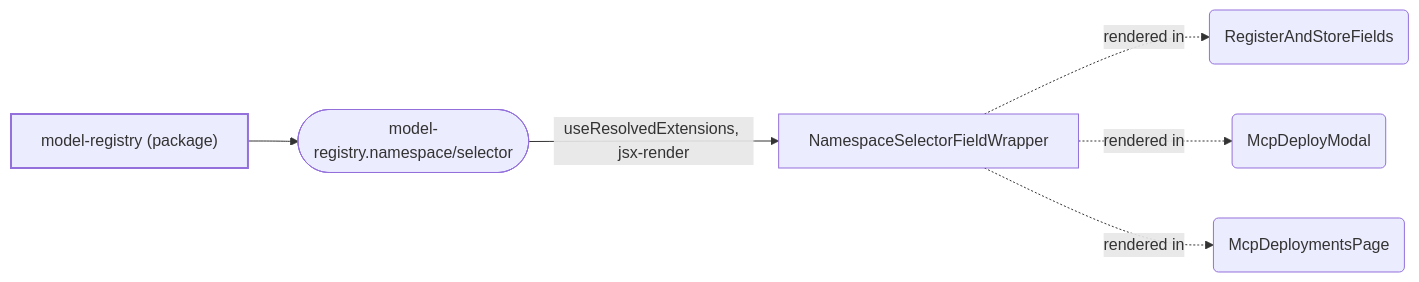
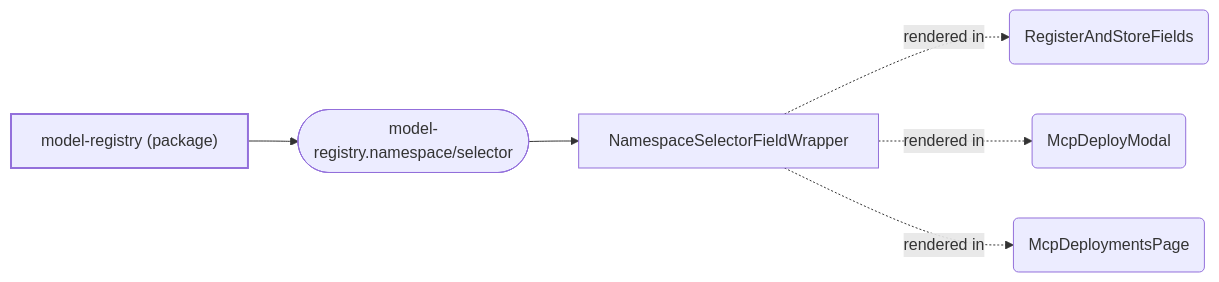
Before and after one commit to mturley/odh-dashboard: the seventh of 10 diagrams in packages/model-registry/docs/extensions.md, drawn with Mermaid. The commit also changed other lines of this file and 28 other files, not shown here.

````diff
--- a/packages/model-registry/docs/extensions.md
+++ b/packages/model-registry/docs/extensions.md
@@ -347,16 +435,16 @@
 ```mermaid
 flowchart LR
   classDef pkg stroke-width:2px
   classDef point stroke-width:1px
   n_pkg__odh_dashboard_model_registry_1fc815["model-registry (package)"]:::pkg
   n_model_registry_namespace_selector_0244e5(["model-registry.namespace/selector"]):::point
   n_pkg__odh_dashboard_model_registry_1fc815 --> n_model_registry_namespace_selector_0244e5
   n_symbol_packages_model_registry_upstream_frontend_src_odh_components_NamespaceSelectorFieldWrapper_tsx_NamespaceSelectorFieldWrapper_2fd56c["NamespaceSelectorFieldWrapper"]
-  n_model_registry_namespace_selector_0244e5 -- "useResolvedExtensions, jsx-render" --> n_symbol_packages_model_registry_upstream_frontend_src_odh_components_NamespaceSelectorFieldWrapper_tsx_NamespaceSelectorFieldWrapper_2fd56c
+  n_model_registry_namespace_selector_0244e5 --> n_symbol_packages_model_registry_upstream_frontend_src_odh_components_NamespaceSelectorFieldWrapper_tsx_NamespaceSelectorFieldWrapper_2fd56c
   n_symbol_packages_model_registry_upstream_frontend_src_app_pages_modelRegistry_screens_RegisterModel_RegisterAndStoreFields_tsx_RegisterAndStoreFields_c0182a("RegisterAndStoreFields")
   n_symbol_packages_model_registry_upstream_frontend_src_odh_components_McpDeployModal_tsx_McpDeployModal_da9660("McpDeployModal")
   n_symbol_packages_model_registry_upstream_frontend_src_odh_pages_mcpDeployments_McpDeploymentsPage_tsx_McpDeploymentsPage_f02293("McpDeploymentsPage")
   n_symbol_packages_model_registry_upstream_frontend_src_odh_components_NamespaceSelectorFieldWrapper_tsx_NamespaceSelectorFieldWrapper_2fd56c -. "rendered in" .-> n_symbol_packages_model_registry_upstream_frontend_src_app_pages_modelRegistry_screens_RegisterModel_RegisterAndStoreFields_tsx_RegisterAndStoreFields_c0182a
   n_symbol_packages_model_registry_upstream_frontend_src_odh_components_NamespaceSelectorFieldWrapper_tsx_NamespaceSelectorFieldWrapper_2fd56c -. "rendered in" .-> n_symbol_packages_model_registry_upstream_frontend_src_odh_components_McpDeployModal_tsx_McpDeployModal_da9660
   n_symbol_packages_model_registry_upstream_frontend_src_odh_components_NamespaceSelectorFieldWrapper_tsx_NamespaceSelectorFieldWrapper_2fd56c -. "rendered in" .-> n_symbol_packages_model_registry_upstream_frontend_src_odh_pages_mcpDeployments_McpDeploymentsPage_tsx_McpDeploymentsPage_f02293
 ```
````
